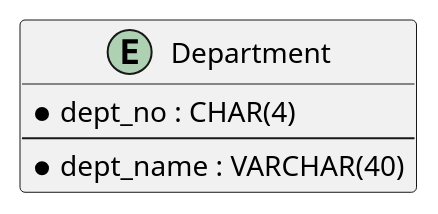
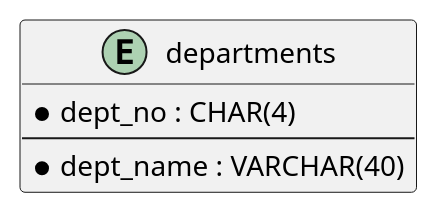
Before and after one commit to AnsgarNell/HR-Tool-Backend: the second of 2 diagrams in README.adoc, drawn with PlantUML. The commit also changed other lines of this file and 1 other file, not shown here.

Commit message:
Fixed departments table name in Entity Diagram. Added Controller section.

```diff
--- a/README.adoc
+++ b/README.adoc
@@ -132,9 +132,9 @@
 [plantuml,images/departments-schema,png]
 ....
 
-entity Department {
+entity departments {
     * dept_no : CHAR(4)
     --
     * dept_name : VARCHAR(40)
 }
 ....
```
